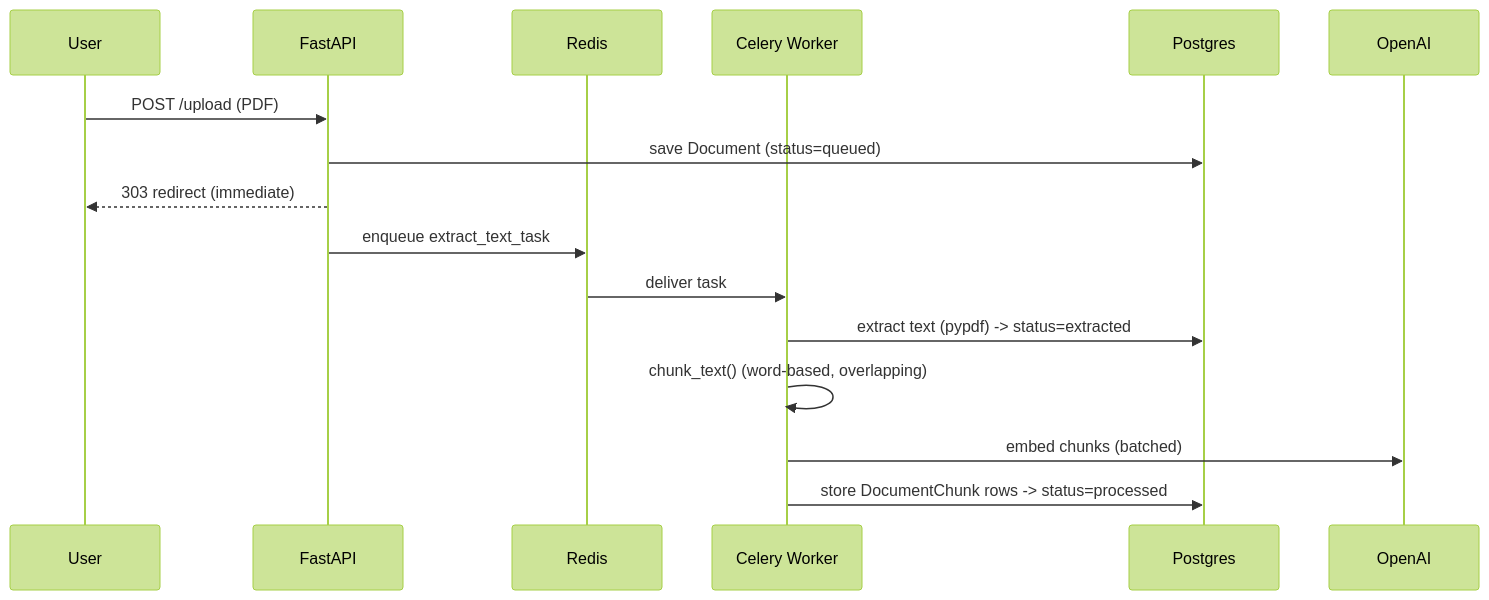
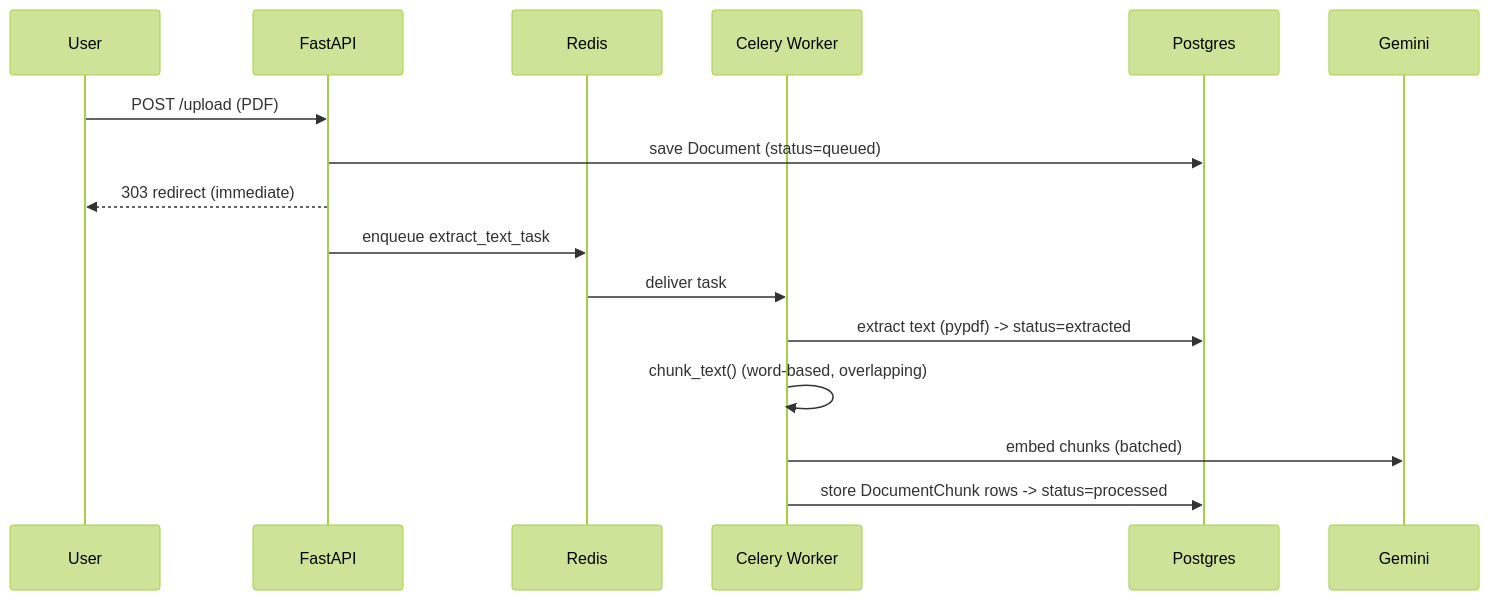
One commit to AjayTomar007/DocMindAI changed the second of 3 diagrams in docmind-ai/README.md. Above: the diagram before and after it, drawn with Mermaid (forest theme). The commit also changed other lines of this file and 7 other files, not shown here.

Commit message:
Switch LLM provider from OpenAI to Google Gemini

````diff
--- a/docmind-ai/README.md
+++ b/docmind-ai/README.md
@@ -20,19 +20,19 @@
 ```mermaid
 sequenceDiagram
     participant U as User
     participant W as FastAPI
     participant Q as Redis
     participant C as Celery Worker
     participant DB as Postgres
-    participant AI as OpenAI
+    participant AI as Gemini
 
     U->>W: POST /upload (PDF)
     W->>DB: save Document (status=queued)
     W-->>U: 303 redirect (immediate)
     W->>Q: enqueue extract_text_task
     Q->>C: deliver task
     C->>DB: extract text (pypdf) -> status=extracted
     C->>C: chunk_text() (word-based, overlapping)
     C->>AI: embed chunks (batched)
     C->>DB: store DocumentChunk rows -> status=processed
 ```
````
